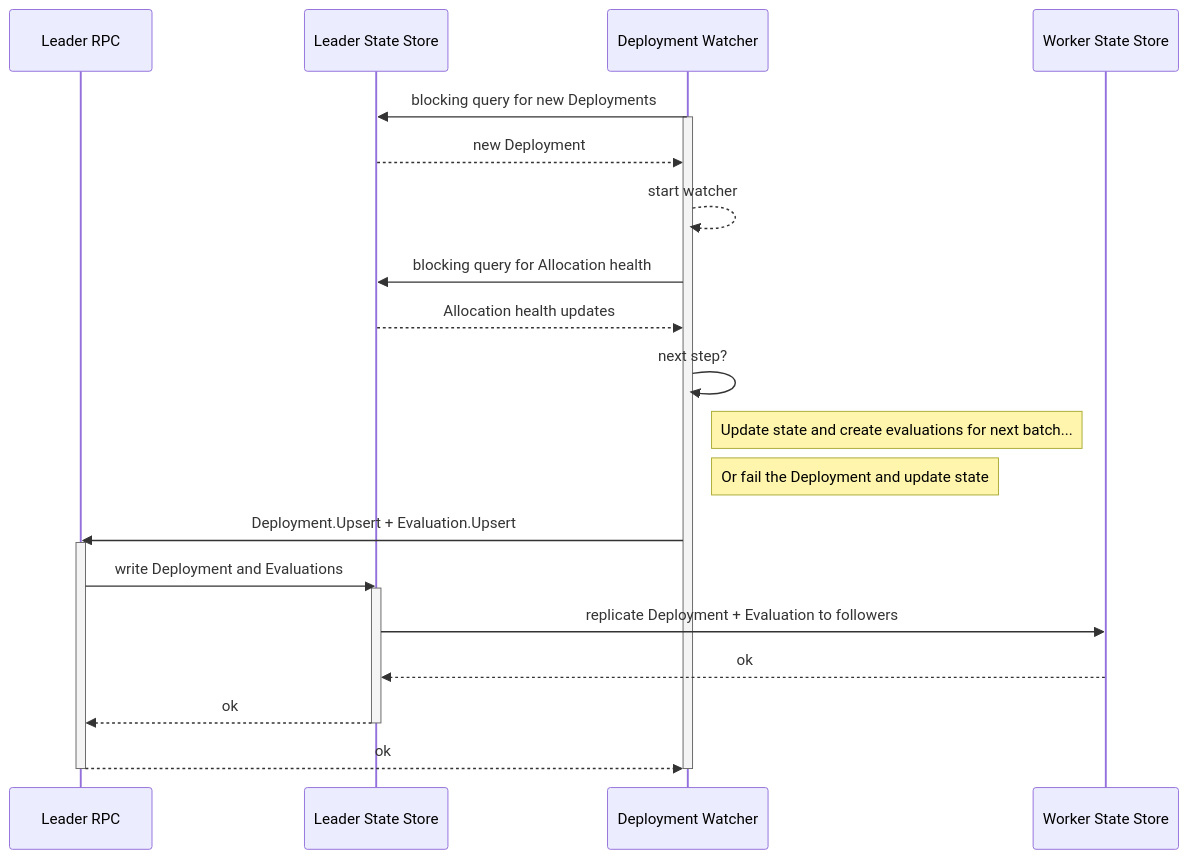
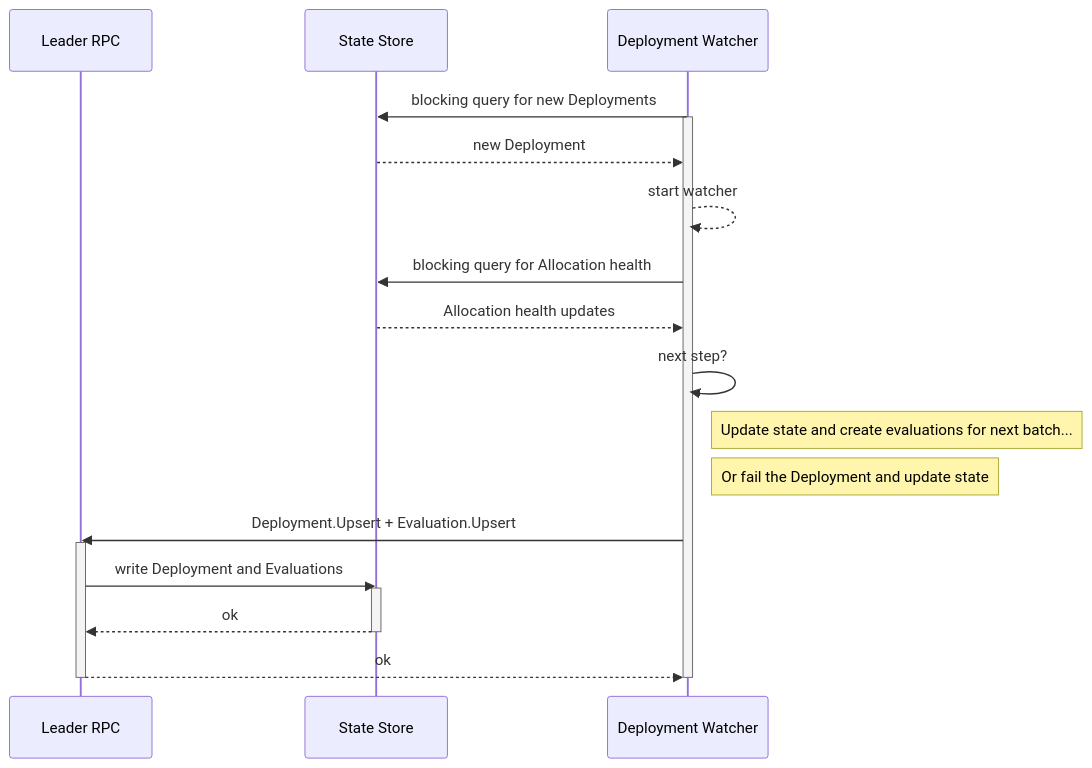
One commit to hashicorp/nomad changed the third of 4 diagrams in contributing/architecture-eval-lifecycle.md. Above: the diagram before and after it, drawn with Mermaid. The commit also changed other lines of this file, not shown here.

Commit message:
make state store atomic

````diff
--- a/contributing/architecture-eval-lifecycle.md
+++ b/contributing/architecture-eval-lifecycle.md
@@ -275,33 +266,30 @@
 ```mermaid
 sequenceDiagram
 
     participant leaderRpc as Leader RPC
-    participant leaderFSM as Leader State Store
+    participant stateStore as State Store
     participant dw as Deployment Watcher
-    participant workerFSM as Worker State Store
 
-    dw ->> leaderFSM: blocking query for new Deployments
+    dw ->> stateStore: blocking query for new Deployments
     activate dw
-    leaderFSM -->> dw: new Deployment
+    stateStore -->> dw: new Deployment
     dw -->> dw: start watcher
 
-    dw ->> leaderFSM: blocking query for Allocation health
-    leaderFSM -->> dw: Allocation health updates
+    dw ->> stateStore: blocking query for Allocation health
+    stateStore -->> dw: Allocation health updates
     dw ->> dw: next step?
 
     Note right of dw: Update state and create evaluations for next batch...
     Note right of dw: Or fail the Deployment and update state
 
     dw ->> leaderRpc: Deployment.Upsert + Evaluation.Upsert
     activate leaderRpc
-    leaderRpc ->> leaderFSM: write Deployment and Evaluations
-    activate leaderFSM
-    leaderFSM ->> workerFSM: replicate Deployment + Evaluation to followers
-    workerFSM -->> leaderFSM: ok
-    leaderFSM -->> leaderRpc: ok
-    deactivate leaderFSM
+    leaderRpc ->> stateStore: write Deployment and Evaluations
+    activate stateStore
+    stateStore -->> leaderRpc: ok
+    deactivate stateStore
     leaderRpc -->> dw: ok
     deactivate leaderRpc
     deactivate dw
 
 ```
````
